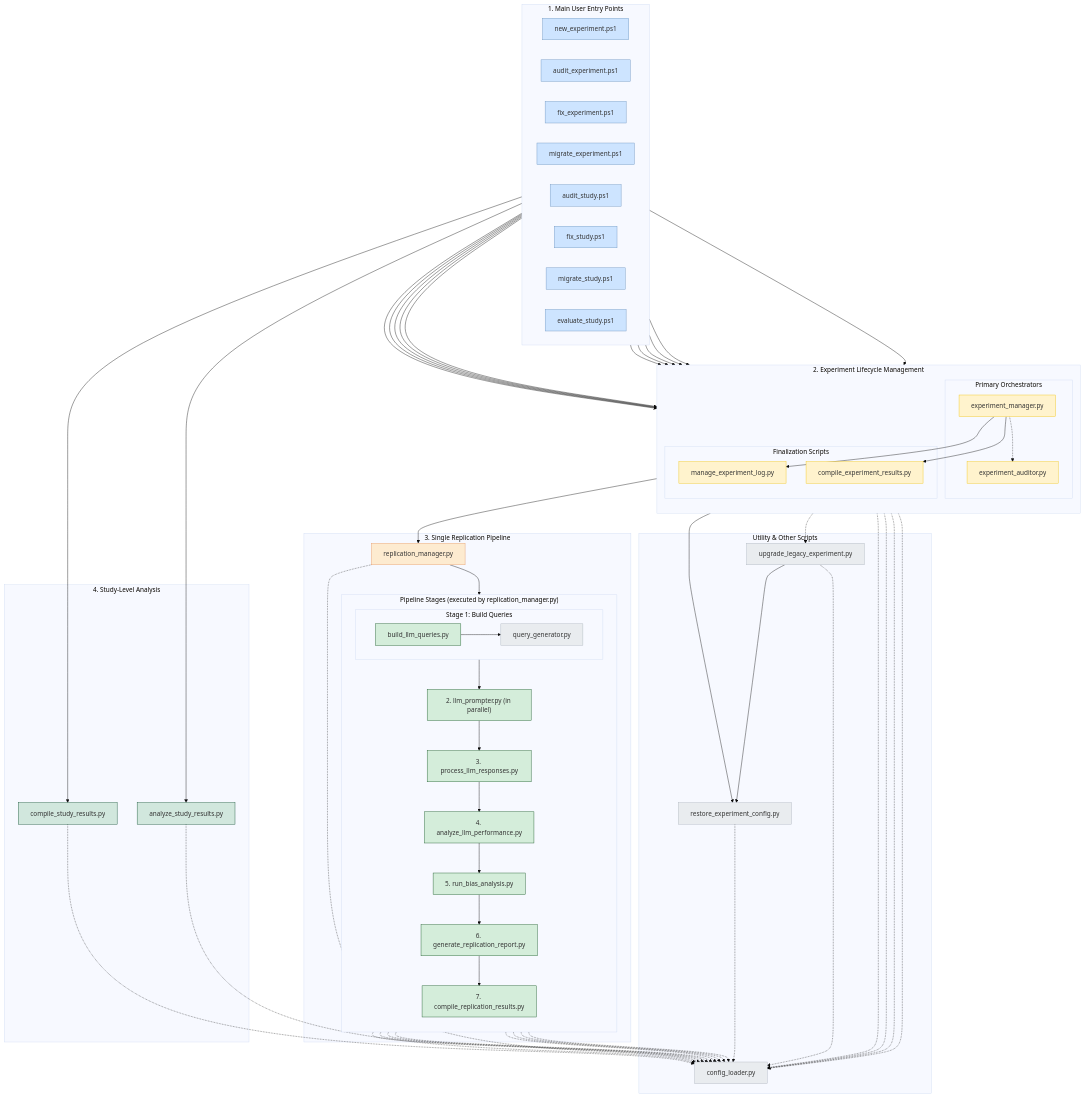
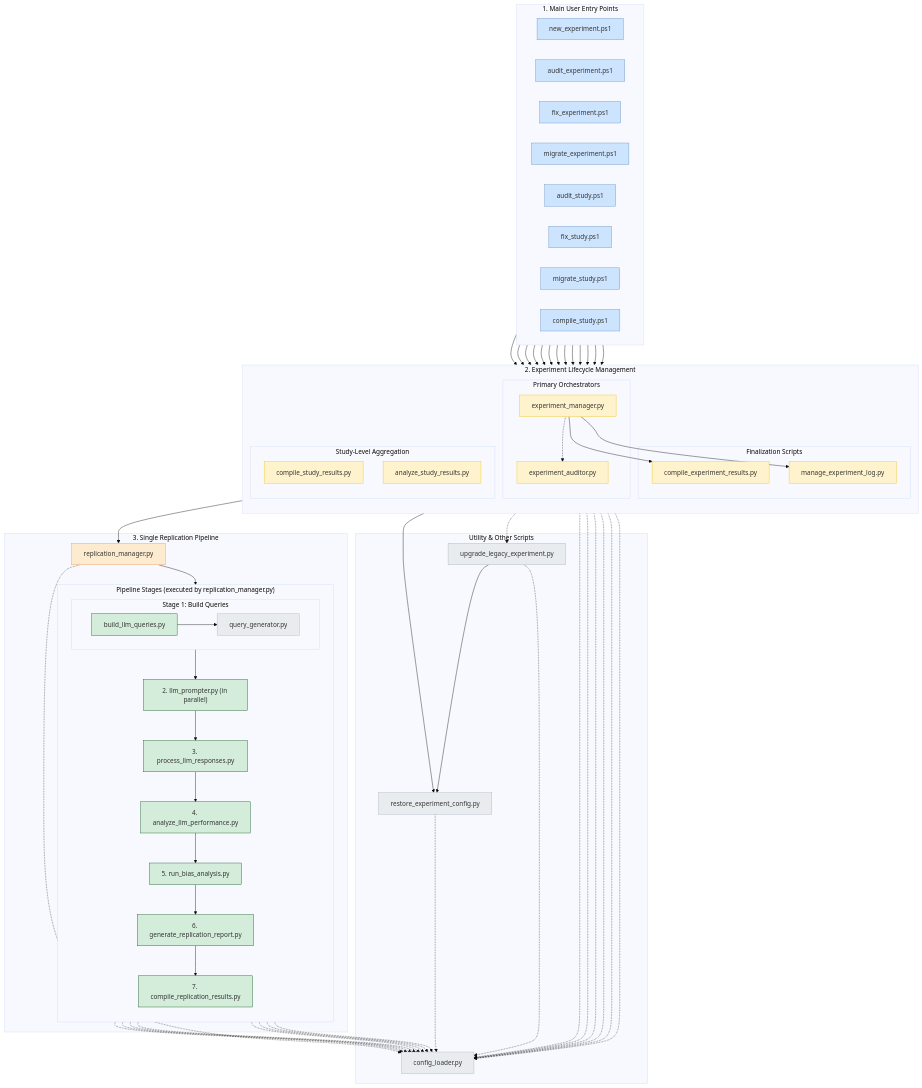
The diagram in docs/diagrams/arch_main_codebase.mmd (peterjmarko/llm-narrative-framework), drawn with Mermaid (base theme) before and after one commit. The commit also changed 13 other files, not shown here.

```diff
--- a/docs/diagrams/arch_main_codebase.mmd
+++ b/docs/diagrams/arch_main_codebase.mmd
@@ -1,131 +1,129 @@
 graph TD
     subgraph "1. Main User Entry Points"
         direction LR
         new_experiment_ps1["new_experiment.ps1"]
         audit_experiment_ps1["audit_experiment.ps1"]
         fix_experiment_ps1["fix_experiment.ps1"]
         migrate_experiment_ps1["migrate_experiment.ps1"]
         audit_study_ps1["audit_study.ps1"]
         fix_study_ps1["fix_study.ps1"]
         migrate_study_ps1["migrate_study.ps1"]
-        evaluate_study_ps1["evaluate_study.ps1"]
+        compile_study_ps1["compile_study.ps1"]
     end
 
     subgraph "2. Experiment Lifecycle Management"
         direction TB
         subgraph "Primary Orchestrators"
             exp_manager["experiment_manager.py"]
             exp_auditor["experiment_auditor.py"]
         end
         subgraph "Finalization Scripts"
             log_manager["manage_experiment_log.py"]
             compile_experiment["compile_experiment_results.py"]
         end
+        subgraph "Study-Level Aggregation"
+            compile_study_results_py["compile_study_results.py"]
+            study_analysis["analyze_study_results.py"]
+        end
     end
     
-    subgraph "4. Study-Level Analysis"
-        compile_study_results_py["compile_study_results.py"]
-        study_analysis["analyze_study_results.py"]
-    end
-
     subgraph "3. Single Replication Pipeline"
         replication_manager["replication_manager.py"]
         
         subgraph "Pipeline Stages (executed by replication_manager.py)"
             direction TB
             subgraph "Stage 1: Build Queries"
                 direction LR
                 stage1["build_llm_queries.py"]
                 query_generator["query_generator.py"]
             end
             stage2["2. llm_prompter.py (in parallel)"]
             stage3["3. process_llm_responses.py"]
             stage4["4. analyze_llm_performance.py"]
             stage4b["5. run_bias_analysis.py"]
             stage5["6. generate_replication_report.py"]
             stage6["7. compile_replication_results.py"]
         end
     end
 
     subgraph "Utility & Other Scripts"
         restore_config["restore_experiment_config.py"]
         patch_old["upgrade_legacy_experiment.py"]
         config_loader["config_loader.py"]
     end
 
     %% --- Connections ---
     new_experiment_ps1 --> exp_manager
     
     audit_experiment_ps1 --> exp_auditor
     audit_study_ps1 --> exp_auditor
     
     fix_experiment_ps1 --> exp_auditor
     fix_experiment_ps1 --> exp_manager
     fix_study_ps1 --> exp_auditor
     fix_study_ps1 --> exp_manager
     
     migrate_experiment_ps1 --> exp_auditor
     migrate_experiment_ps1 --> exp_manager
     migrate_study_ps1 --> exp_auditor
     migrate_study_ps1 --> exp_manager
 
-    evaluate_study_ps1 --> compile_study_results_py
-    evaluate_study_ps1 --> study_analysis
+    compile_study_ps1 --> compile_study_results_py
+    compile_study_ps1 --> study_analysis
 
     exp_manager --> replication_manager
     exp_manager --> compile_experiment
     exp_manager --> log_manager
     exp_manager --> restore_config
     exp_manager -.-> patch_old
 
     patch_old --> restore_config
 
     %% Sequential Pipeline Execution
     replication_manager --> stage1
     stage1 --> stage2
     stage2 --> stage3
     stage3 --> stage4
     stage4 --> stage4b
     stage4b --> stage5
     stage5 --> stage6
 
     %% Worker Connections
     stage1 --> query_generator
 
     %% Import Connections (dotted)
     exp_manager -.-> exp_auditor
     exp_manager & exp_auditor & replication_manager & stage1 & stage2 & stage3 & stage4 & stage4b & stage5 & stage6 & query_generator & log_manager & compile_experiment & compile_study_results_py & study_analysis & patch_old & restore_config -.-> config_loader
 
     %% --- Inline Styling ---
     style new_experiment_ps1 fill:#cde4ff,stroke:#6c93be
     style audit_experiment_ps1 fill:#cde4ff,stroke:#6c93be
     style fix_experiment_ps1 fill:#cde4ff,stroke:#6c93be
     style migrate_experiment_ps1 fill:#cde4ff,stroke:#6c93be
     style audit_study_ps1 fill:#cde4ff,stroke:#6c93be
     style fix_study_ps1 fill:#cde4ff,stroke:#6c93be
     style migrate_study_ps1 fill:#cde4ff,stroke:#6c93be
-    style evaluate_study_ps1 fill:#cde4ff,stroke:#6c93be
+    style compile_study_ps1 fill:#cde4ff,stroke:#6c93be
 
     style exp_manager fill:#fff3cd,stroke:#f1c40f
     style exp_auditor fill:#fff3cd,stroke:#f1c40f
     style log_manager fill:#fff3cd,stroke:#f1c40f
     style compile_experiment fill:#fff3cd,stroke:#f1c40f
-    
-    style compile_study_results_py fill:#d1e7dd,stroke:#0f5132
-    style study_analysis fill:#d1e7dd,stroke:#0f5132
+    style compile_study_results_py fill:#fff3cd,stroke:#f1c40f
+    style study_analysis fill:#fff3cd,stroke:#f1c40f
     
     style replication_manager fill:#fdebd0,stroke:#e59866
     
     style stage1 fill:#d4edda,stroke:#155724
     style query_generator fill:#d4edda,stroke:#155724
     style stage2 fill:#d4edda,stroke:#155724
     style stage3 fill:#d4edda,stroke:#155724
     style stage4 fill:#d4edda,stroke:#155724
     style stage4b fill:#d4edda,stroke:#155724
     style stage5 fill:#d4edda,stroke:#155724
     style stage6 fill:#d4edda,stroke:#155724
 
     style query_generator fill:#e9ecef,stroke:#adb5bd
     style patch_old fill:#e9ecef,stroke:#adb5bd
     style restore_config fill:#e9ecef,stroke:#adb5bd
     style config_loader fill:#e9ecef,stroke:#adb5bd
```
